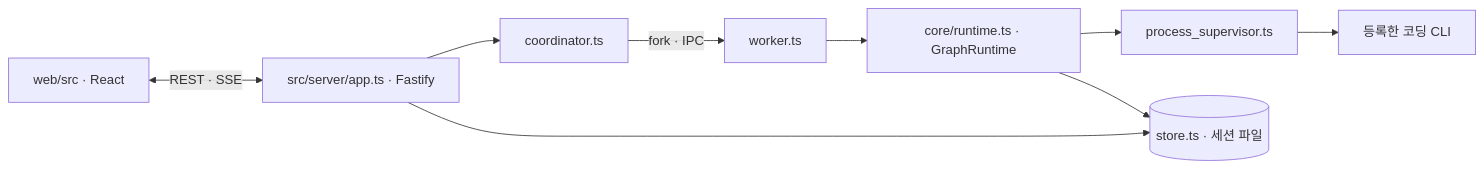
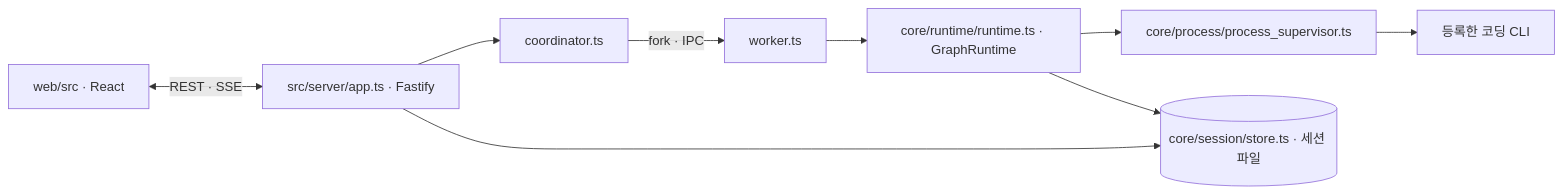
The diagram in docs/ARCHITECTURE.md (youwonsock/custom-agent-loop-system), drawn with Mermaid before and after one commit. The commit also changed other lines of this file and 52 other files, not shown here.

````diff
--- a/docs/ARCHITECTURE.md
+++ b/docs/ARCHITECTURE.md
@@ -19,11 +19,11 @@
 ```mermaid
 flowchart LR
   UI[web/src · React] <-->|REST · SSE| App[src/server/app.ts · Fastify]
   App --> Coord[coordinator.ts]
   Coord -->|fork · IPC| Worker[worker.ts]
-  Worker --> Runtime[core/runtime.ts · GraphRuntime]
-  Runtime --> Sup[process_supervisor.ts]
+  Worker --> Runtime[core/runtime/runtime.ts · GraphRuntime]
+  Runtime --> Sup[core/process/process_supervisor.ts]
   Sup --> CLI[등록한 코딩 CLI]
-  Runtime --> Store[(store.ts · 세션 파일)]
+  Runtime --> Store[(core/session/store.ts · 세션 파일)]
   App --> Store
 ```
````
